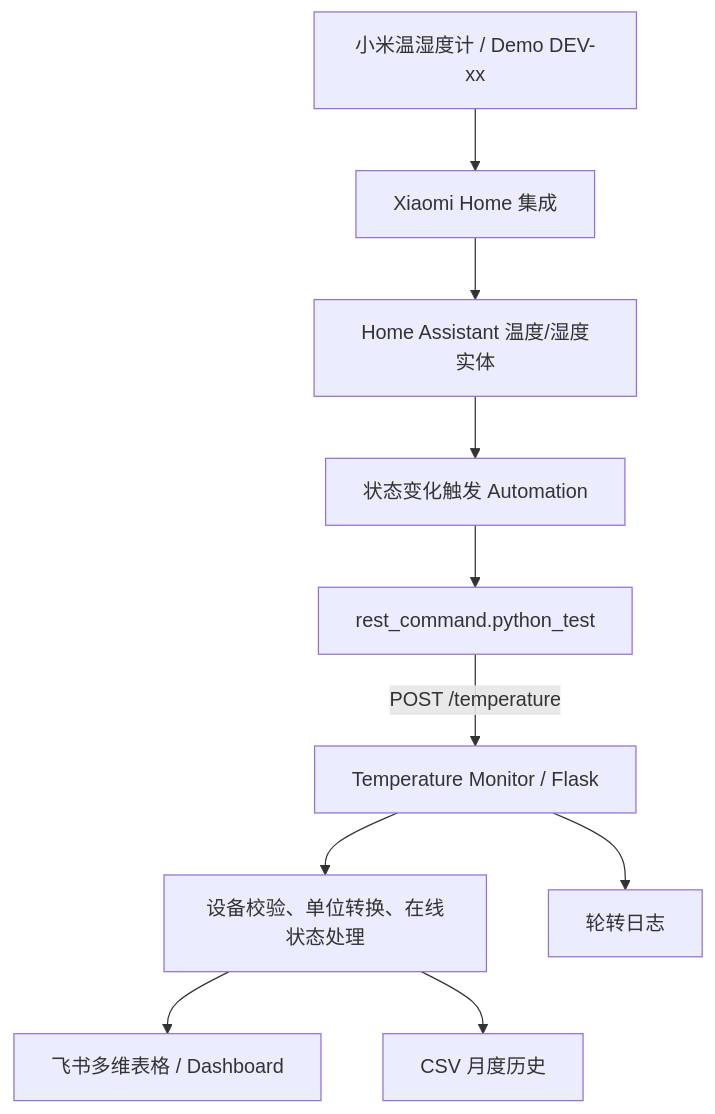
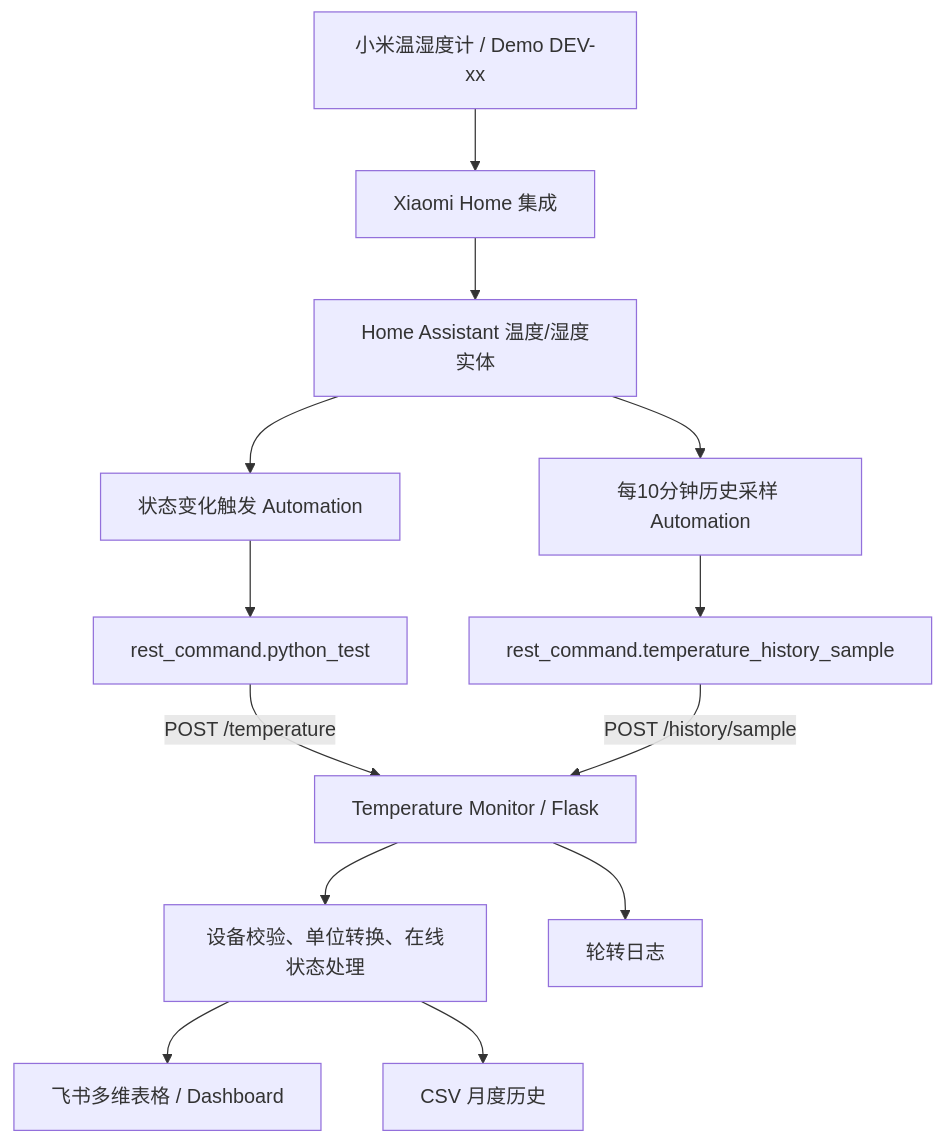
The diagram in README.md (neilchen-dev/temperature-monitor), drawn with Mermaid before and after one commit. The commit also changed other lines of this file and 19 other files, not shown here.

Commit message:
Add ten-minute temperature history sampling

````diff
--- a/README.md
+++ b/README.md
@@ -87,12 +97,15 @@
 ```mermaid
 flowchart TD
     sensor["小米温湿度计 / Demo DEV-xx"] --> integration["Xiaomi Home 集成"]
     integration --> entity["Home Assistant 温度/湿度实体"]
     entity --> automation["状态变化触发 Automation"]
+    entity --> historyAutomation["每10分钟历史采样 Automation"]
     automation --> rest["rest_command.python_test"]
+    historyAutomation --> historyRest["rest_command.temperature_history_sample"]
     rest -->|"POST /temperature"| api["Temperature Monitor / Flask"]
+    historyRest -->|"POST /history/sample"| api
     api --> validate["设备校验、单位转换、在线状态处理"]
     validate --> feishu["飞书多维表格 / Dashboard"]
     validate --> csv["CSV 月度历史"]
     api --> log["轮转日志"]
 ```
````
